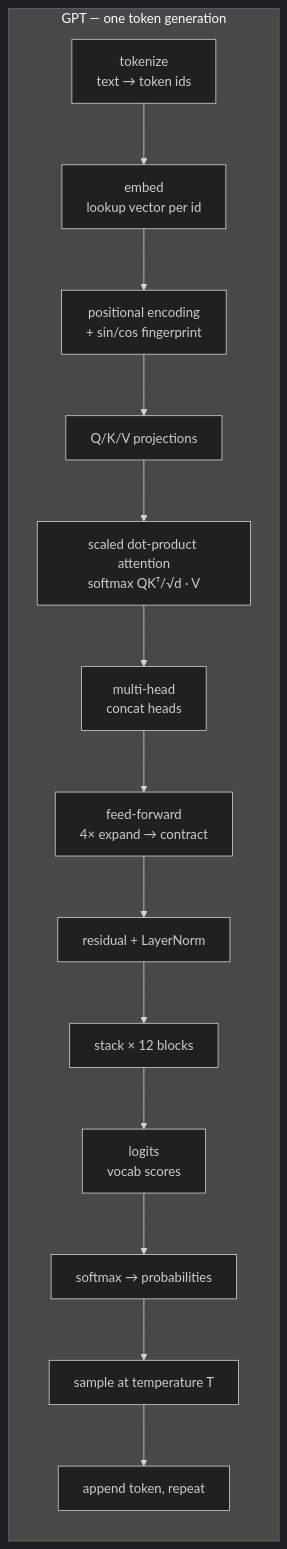
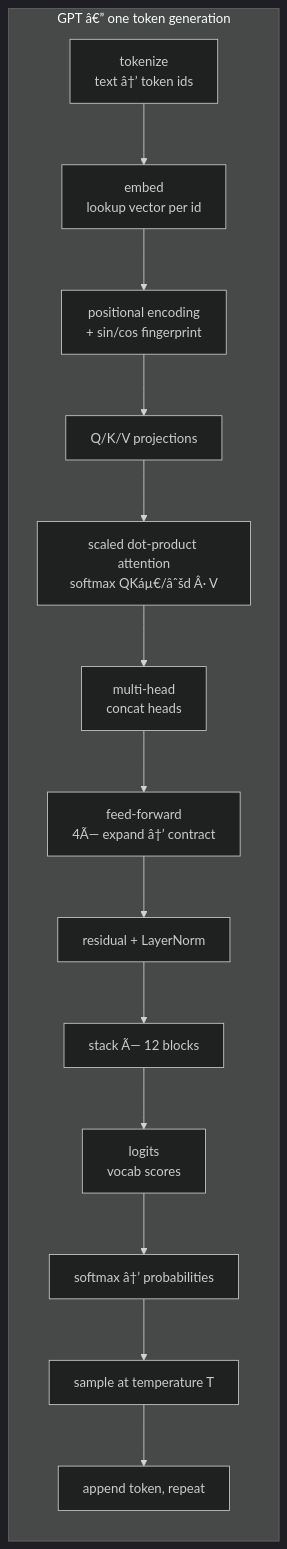
The first of 11 diagrams in docs/algorithms.md (Mostakim2005/gpt-moe-3d-explainer), drawn with Mermaid (dark theme) before and after one commit. The commit also changed other lines of this file and 5 other files, not shown here.

````diff
--- a/docs/algorithms.md
+++ b/docs/algorithms.md
@@ -13,17 +15,17 @@
 ```mermaid
 flowchart LR
-    subgraph GPT["GPT — one token generation"]
-        T[tokenize\ntext → token ids] --> E[embed\nlookup vector per id]
+    subgraph GPT["GPT â€” one token generation"]
+        T[tokenize\ntext â†’ token ids] --> E[embed\nlookup vector per id]
         E --> P[positional encoding\n+ sin/cos fingerprint]
         P --> A1[Q/K/V projections]
-        A1 --> ATT[scaled dot-product attention\nsoftmax QKᵀ/√d · V]
+        A1 --> ATT[scaled dot-product attention\nsoftmax QKáµ€/âˆšd Â· V]
         ATT --> H[multi-head\nconcat heads]
-        H --> FF[feed-forward\n4× expand → contract]
+        H --> FF[feed-forward\n4Ã— expand â†’ contract]
         FF --> R[residual + LayerNorm]
-        R --> S[stack × 12 blocks]
+        R --> S[stack Ã— 12 blocks]
         S --> L[logits\nvocab scores]
-        L --> SM[softmax → probabilities]
+        L --> SM[softmax â†’ probabilities]
         SM --> SAMP[sample at temperature T]
         SAMP --> LOOP[append token, repeat]
     end
 ```
````
